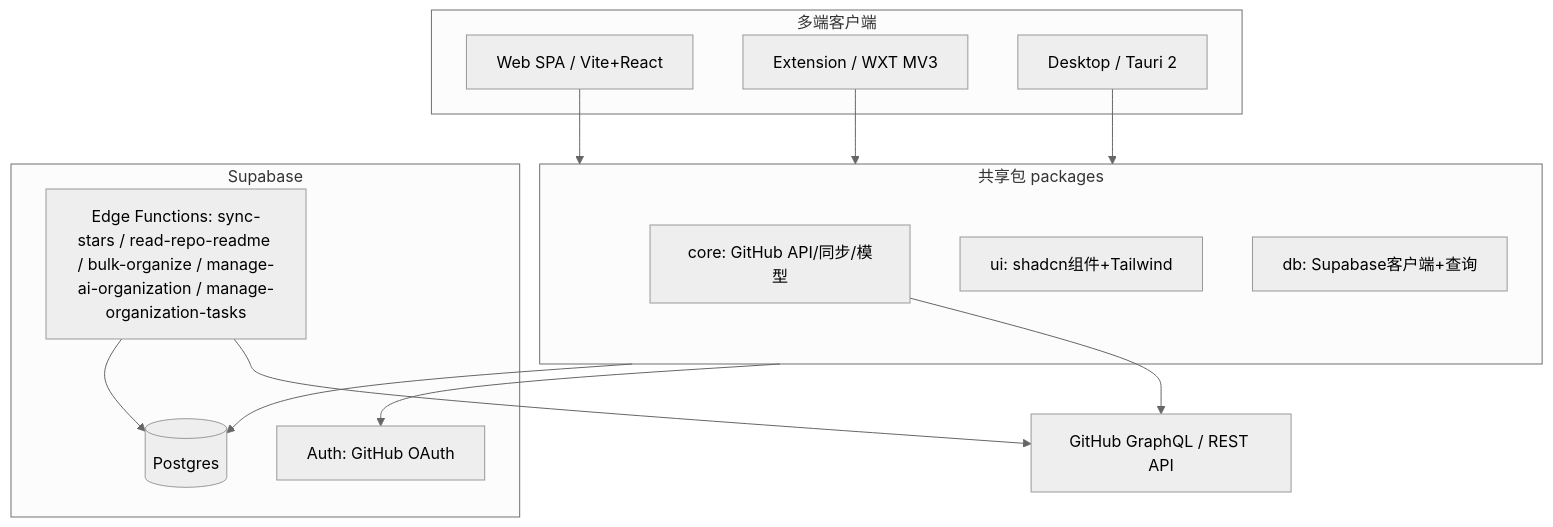
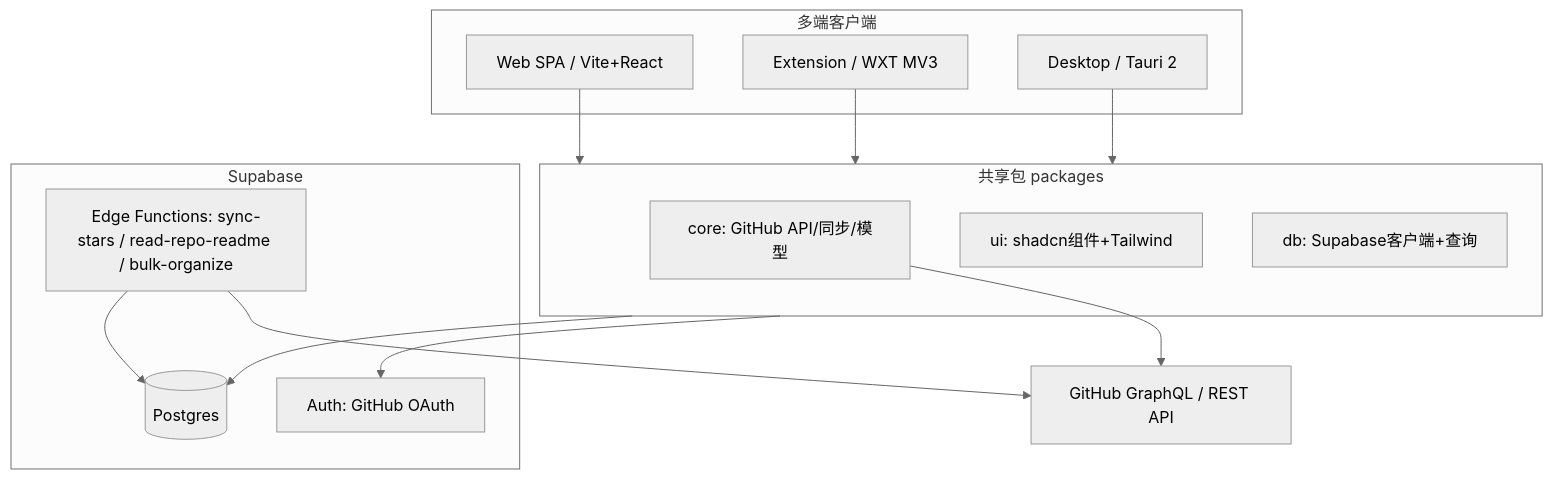
The first of 2 diagrams in knowledge/contracts/architecture.md (Mournerliao/asterism), drawn with Mermaid (neutral theme) before and after one commit. The commit also changed other lines of this file and 109 other files, not shown here.

````diff
--- a/knowledge/contracts/architecture.md
+++ b/knowledge/contracts/architecture.md
@@ -9,28 +9,28 @@
 ```mermaid
 flowchart TD
   subgraph clients [多端客户端]
     web[Web SPA / Vite+React]
     ext[Extension / WXT MV3]
     desktop[Desktop / Tauri 2]
   end
   subgraph shared [共享包 packages]
     core[core: GitHub API/同步/模型]
     ui[ui: shadcn组件+Tailwind]
     db[db: Supabase客户端+查询]
   end
   subgraph supabase [Supabase]
     auth[Auth: GitHub OAuth]
     pg[(Postgres)]
-    fn[Edge Functions: sync-stars / read-repo-readme / bulk-organize / manage-ai-organization / manage-organization-tasks]
+    fn[Edge Functions: sync-stars / read-repo-readme / bulk-organize]
   end
   gh[GitHub GraphQL / REST API]
 
   web --> shared
   ext --> shared
   desktop --> shared
   shared --> auth
   shared --> pg
   core --> gh
   fn --> gh
   fn --> pg
 ```
````
